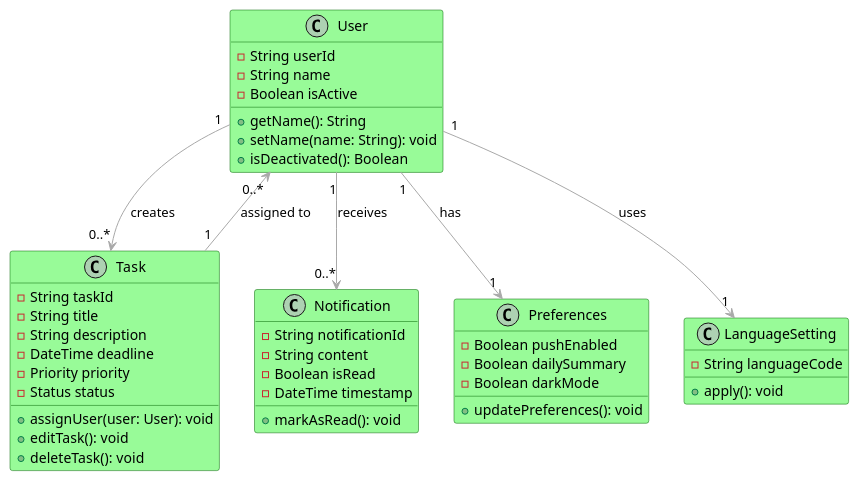
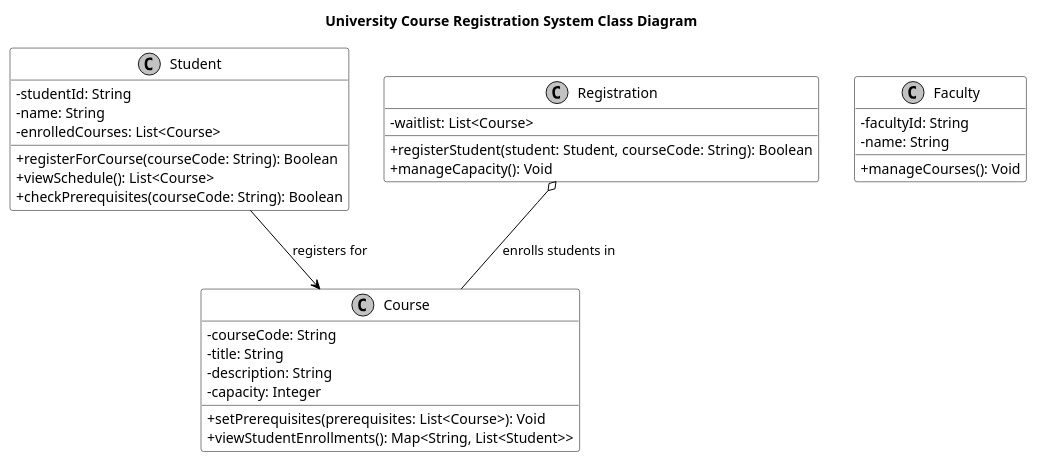
Before and after one commit to lailanabill/ReqBot: the diagram in reqbotui/assets/umls/class_diagram.puml, drawn with PlantUML. The commit also changed 15 other files, not shown here.

```diff
--- a/reqbotui/assets/umls/class_diagram.puml
+++ b/reqbotui/assets/umls/class_diagram.puml
@@ -1,54 +1,38 @@
 @startuml
+title University Course Registration System Class Diagram
+skinparam classAttributeIconSize 0
+skinparam monochrome true
 skinparam class {
-  BackgroundColor PaleGreen
-  BorderColor DarkGreen
-  ArrowColor DarkGray
+    BackgroundColor White
+    BorderColor Black
+    ArrowColor Black
 }
-
-class User {
-  -String userId
-  -String name
-  -Boolean isActive
-  +getName(): String
-  +setName(name: String): void
-  +isDeactivated(): Boolean
+class Student {
+  - studentId: String
+  - name: String
+  - enrolledCourses: List<Course>
+  + registerForCourse(courseCode: String): Boolean
+  + viewSchedule(): List<Course>
+  + checkPrerequisites(courseCode: String): Boolean
 }
-
-class Task {
-  -String taskId
-  -String title
-  -String description
-  -DateTime deadline
-  -Priority priority
-  -Status status
-  +assignUser(user: User): void
-  +editTask(): void
-  +deleteTask(): void
+class Course {
+  - courseCode: String
+  - title: String
+  - description: String
+  - capacity: Integer
+  + setPrerequisites(prerequisites: List<Course>): Void
+  + viewStudentEnrollments(): Map<String, List<Student>>
 }
-
-class Notification {
-  -String notificationId
-  -String content
-  -Boolean isRead
-  -DateTime timestamp
-  +markAsRead(): void
+class Faculty {
+  - facultyId: String
+  - name: String
+  + manageCourses(): Void
 }
-
-class Preferences {
-  -Boolean pushEnabled
-  -Boolean dailySummary
-  -Boolean darkMode
-  +updatePreferences(): void
+class Registration {
+  - waitlist: List<Course>
+  + registerStudent(student: Student, courseCode: String): Boolean
+  + manageCapacity(): Void
 }
-
-class LanguageSetting {
-  -String languageCode
-  +apply(): void
-}
-
-User "1" --> "0..*" Task : creates
-Task "1" --> "0..*" User : assigned to
-User "1" --> "0..*" Notification : receives
-User "1" --> "1" Preferences : has
-User "1" --> "1" LanguageSetting : uses
+Student --> Course : registers for
+Registration o-- Course : enrolls students in
 @enduml
```
